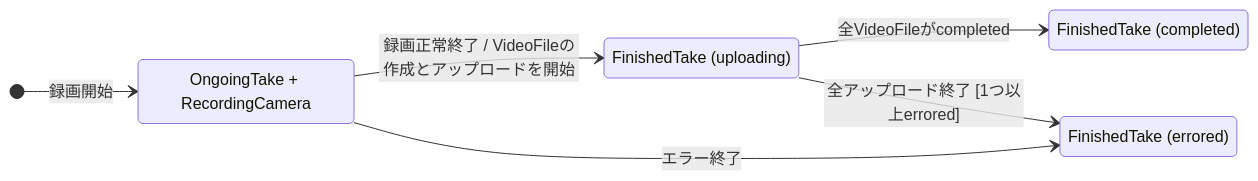
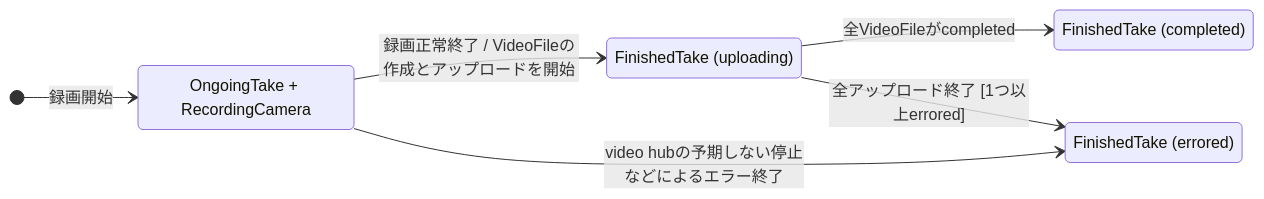
The third of 3 diagrams in docs/requirements-v2/14-specified-requirements/05-logical-database-requirements/logical-database-requirements.md (traP-jp/kinugasa-recording), drawn with Mermaid before and after one commit. The commit also changed 1 other file, not shown here.

Commit message:
define reconciliation behavior

````diff
--- a/docs/requirements-v2/14-specified-requirements/05-logical-database-requirements/logical-database-requirements.md
+++ b/docs/requirements-v2/14-specified-requirements/05-logical-database-requirements/logical-database-requirements.md
@@ -129,14 +129,14 @@
 ```mermaid
 stateDiagram-v2
     direction LR
     state "OngoingTake + RecordingCamera" as Ongoing
     state "FinishedTake (uploading)" as Uploading
     state "FinishedTake (completed)" as Completed
     state "FinishedTake (errored)" as Errored
 
     [*] --> Ongoing : 録画開始
     Ongoing --> Uploading : 録画正常終了 / VideoFileの作成とアップロードを開始
-    Ongoing --> Errored : エラー終了
+    Ongoing --> Errored : video hubの予期しない停止などによるエラー終了
     Uploading --> Completed : 全VideoFileがcompleted
     Uploading --> Errored : 全アップロード終了 [1つ以上errored]
 ```
````
